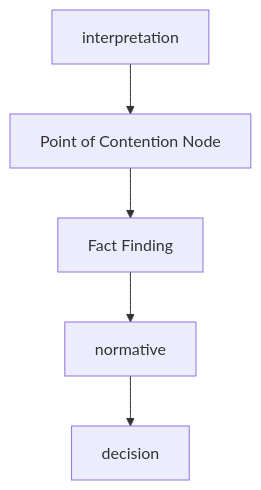
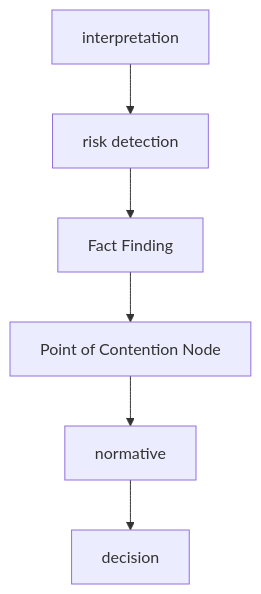
Before and after one commit to aokicreativeoffice/AokiCreativeOfficeGTD: the diagram in 02_zettelkasten/21_domain/lawvault/engine/Law Pipeline.md, drawn with Mermaid. The commit also changed 1 other file, not shown here.

Commit message:
vault backup: 2026-03-22 15:58:12

````diff
--- a/02_zettelkasten/21_domain/lawvault/engine/Law Pipeline.md
+++ b/02_zettelkasten/21_domain/lawvault/engine/Law Pipeline.md
@@ -24,14 +24,16 @@
 ```mermaid
 flowchart TD  
   
 IP[interpretation]  
+RD[risk detection]
+FF[Fact Finding]  
 PCN[Point of Contention Node]
-FF[Fact Finding]  
 NM[normative]  
 DS[decision]  
 
-IP --> PCN
-PCN --> FF  
-FF --> NM  
+IP --> RD
+RD --> FF  
+FF --> PCN
+PCN --> NM  
 NM --> DS
 ```
````
